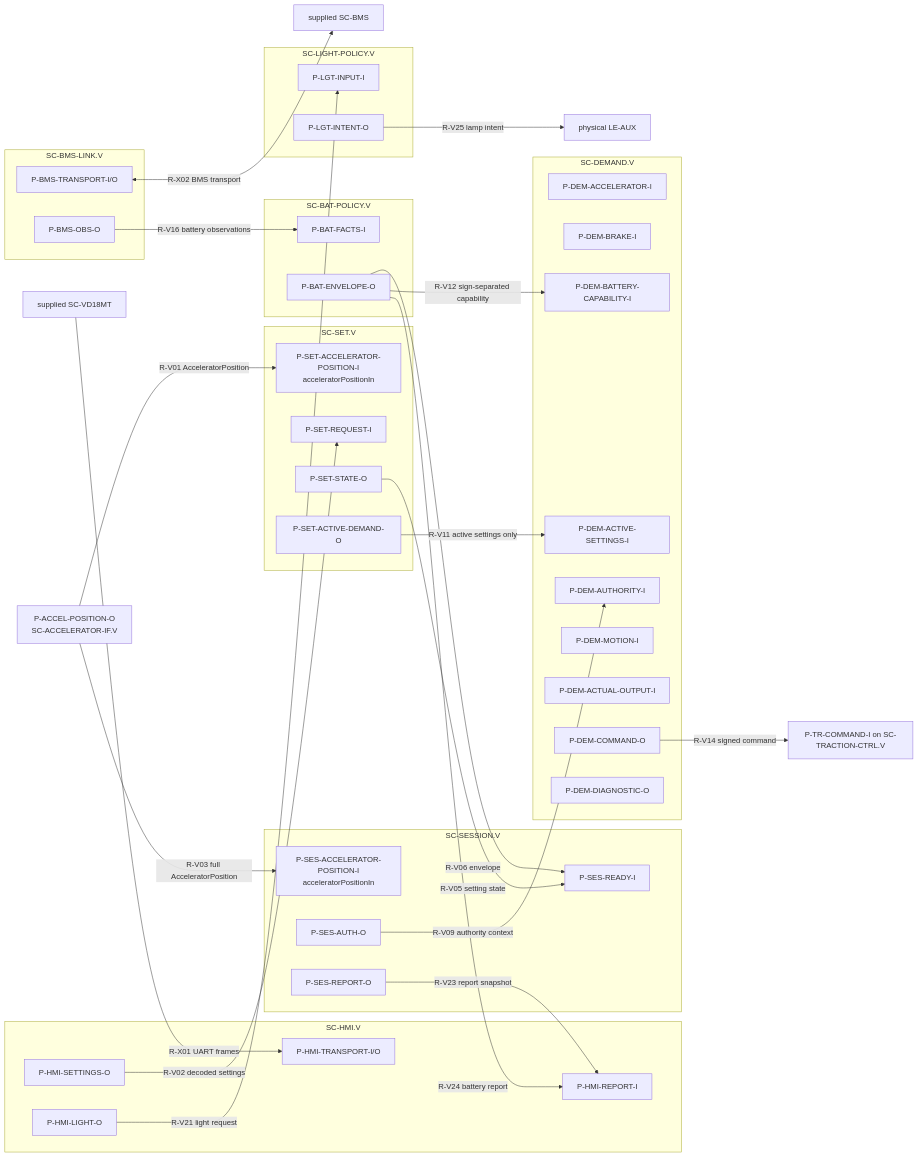
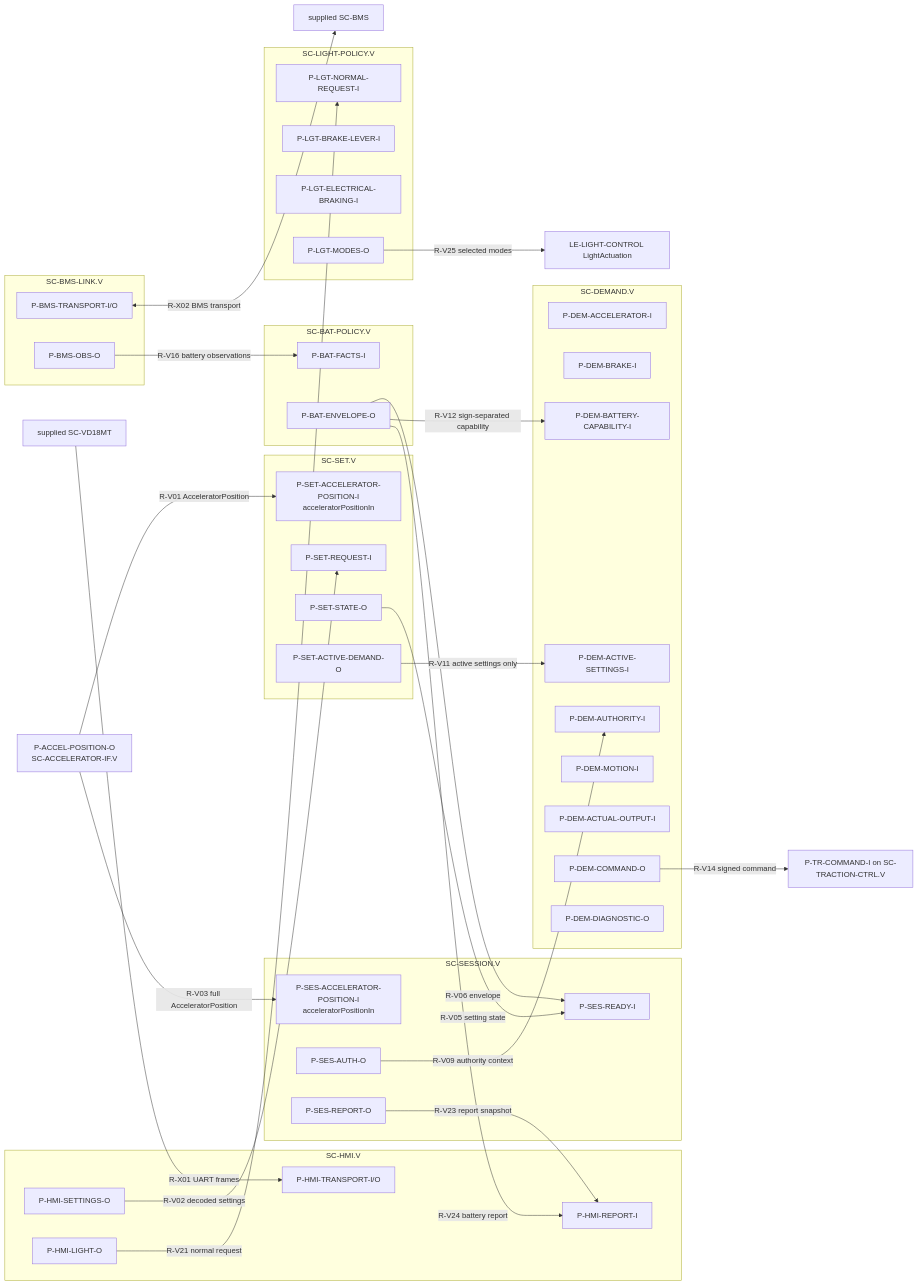
Before and after one commit to dhellhake/X2CityMCU: the second of 4 diagrams in .devenv/Architecture/SoftwareArchitecture/ARCH-003_Software_Architecture.md, drawn with Mermaid. The commit also changed other lines of this file and 49 other files, not shown here.

Commit message:
Refactored LightControl System-Design

````diff
--- a/.devenv/Architecture/SoftwareArchitecture/ARCH-003_Software_Architecture.md
+++ b/.devenv/Architecture/SoftwareArchitecture/ARCH-003_Software_Architecture.md
@@ -226,60 +227,62 @@
 ```mermaid
 flowchart LR
     subgraph HMI[SC-HMI.V]
         HTR[P-HMI-TRANSPORT-I/O]
         HSE[P-HMI-SETTINGS-O]
         HLI[P-HMI-LIGHT-O]
         HRI[P-HMI-REPORT-I]
     end
     subgraph SET[SC-SET.V]
         SRI[P-SET-REQUEST-I]
         SAP[P-SET-ACCELERATOR-POSITION-I\nacceleratorPositionIn]
         SSO[P-SET-STATE-O]
         SAD[P-SET-ACTIVE-DEMAND-O]
     end
     subgraph SES[SC-SESSION.V]
         SEDI[P-SES-READY-I]
         SEA[P-SES-ACCELERATOR-POSITION-I\nacceleratorPositionIn]
         SEAO[P-SES-AUTH-O]
         SERO[P-SES-REPORT-O]
     end
     subgraph DEM[SC-DEMAND.V]
         DAI[P-DEM-ACCELERATOR-I]
         DBI[P-DEM-BRAKE-I]
         DSI[P-DEM-ACTIVE-SETTINGS-I]
         DAU[P-DEM-AUTHORITY-I]
         DBC[P-DEM-BATTERY-CAPABILITY-I]
         DMO[P-DEM-MOTION-I]
         DAO[P-DEM-ACTUAL-OUTPUT-I]
         DEO[P-DEM-COMMAND-O]
         DDO[P-DEM-DIAGNOSTIC-O]
     end
     subgraph BMS[SC-BMS-LINK.V]
         BTI[P-BMS-TRANSPORT-I/O]
         BTO[P-BMS-OBS-O]
     end
     subgraph BAT[SC-BAT-POLICY.V]
         BFI[P-BAT-FACTS-I]
         BEO[P-BAT-ENVELOPE-O]
     end
     subgraph LGT[SC-LIGHT-POLICY.V]
-        LII[P-LGT-INPUT-I]
-        LIO[P-LGT-INTENT-O]
+        LNR[P-LGT-NORMAL-REQUEST-I]
+        LBI[P-LGT-BRAKE-LEVER-I]
+        LEBI[P-LGT-ELECTRICAL-BRAKING-I]
+        LMO[P-LGT-MODES-O]
     end
     VD[supplied SC-VD18MT] -->|R-X01 UART frames| HTR
     AIP[P-ACCEL-POSITION-O\nSC-ACCELERATOR-IF.V] -->|R-V01 AcceleratorPosition| SAP
     AIP -->|R-V03 full AcceleratorPosition| SEA
     HSE -->|R-V02 decoded settings| SRI
     SSO -->|R-V05 setting state| SEDI
     SEAO -->|R-V09 authority context| DAU
     SAD -->|R-V11 active settings only| DSI
     DEO -->|R-V14 signed command| TCI[P-TR-COMMAND-I on SC-TRACTION-CTRL.V]
     BTI <-->|R-X02 BMS transport| SB[supplied SC-BMS]
     BTO -->|R-V16 battery observations| BFI
     BEO -->|R-V06 envelope| SEDI
     BEO -->|R-V12 sign-separated capability| DBC
-    HLI -->|R-V21 light request| LII
+    HLI -->|R-V21 normal request| LNR
     SERO -->|R-V23 report snapshot| HRI
     BEO -->|R-V24 battery report| HRI
-    LIO -->|R-V25 lamp intent| AUX[physical LE-AUX]
+    LMO -->|R-V25 selected modes| AUX[LE-LIGHT-CONTROL LightActuation]
 ```
````
